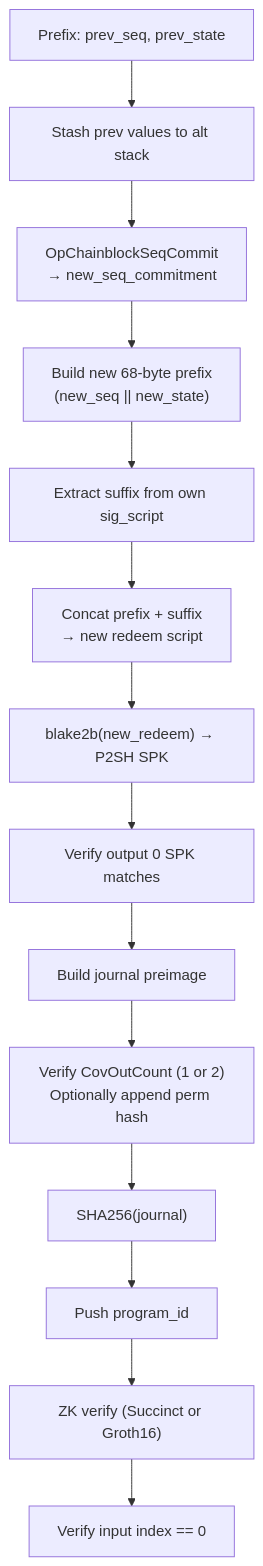
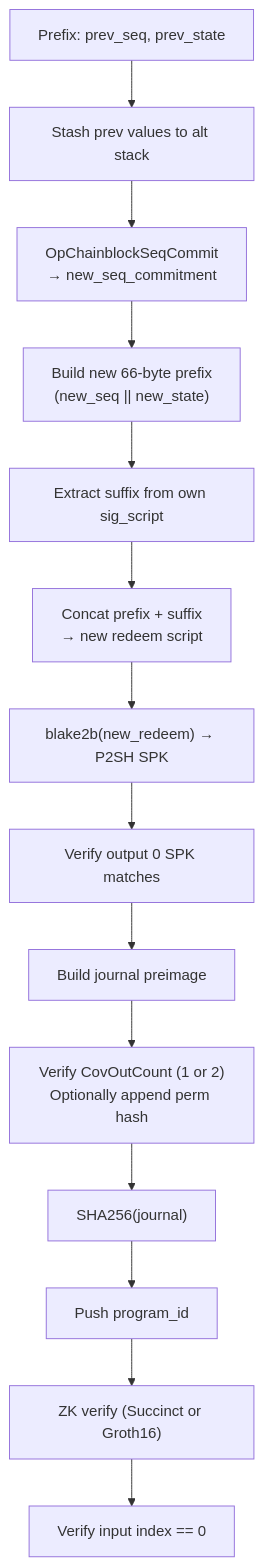
One commit to kaspanet/rusty-kaspa changed the first of 2 diagrams in examples/zk-covenant-rollup/book/src/ch07-state-verification.md. Above: the diagram before and after it, drawn with Mermaid. The commit also changed other lines of this file and 22 other files, not shown here.

````diff
--- a/examples/zk-covenant-rollup/book/src/ch07-state-verification.md
+++ b/examples/zk-covenant-rollup/book/src/ch07-state-verification.md
@@ -35,19 +36,19 @@
 ```mermaid
 flowchart TD
     PREFIX["Prefix: prev_seq, prev_state"]
     STASH["Stash prev values to alt stack"]
     SEQ["OpChainblockSeqCommit<br/>→ new_seq_commitment"]
-    BUILD_PREFIX["Build new 68-byte prefix<br/>(new_seq || new_state)"]
+    BUILD_PREFIX["Build new 66-byte prefix<br/>(new_seq || new_state)"]
     EXTRACT["Extract suffix from own sig_script"]
     CONCAT["Concat prefix + suffix<br/>→ new redeem script"]
     HASH["blake2b(new_redeem) → P2SH SPK"]
     VERIFY_OUT["Verify output 0 SPK matches"]
     JOURNAL["Build journal preimage"]
     PERM["Verify CovOutCount (1 or 2)<br/>Optionally append perm hash"]
     SHA["SHA256(journal)"]
     PROGRAM_ID["Push program_id"]
     ZK["ZK verify (Succinct or Groth16)"]
     GUARD["Verify input index == 0"]
 
     PREFIX --> STASH --> SEQ --> BUILD_PREFIX --> EXTRACT --> CONCAT --> HASH --> VERIFY_OUT --> JOURNAL --> PERM --> SHA --> PROGRAM_ID --> ZK --> GUARD
 ```
````
